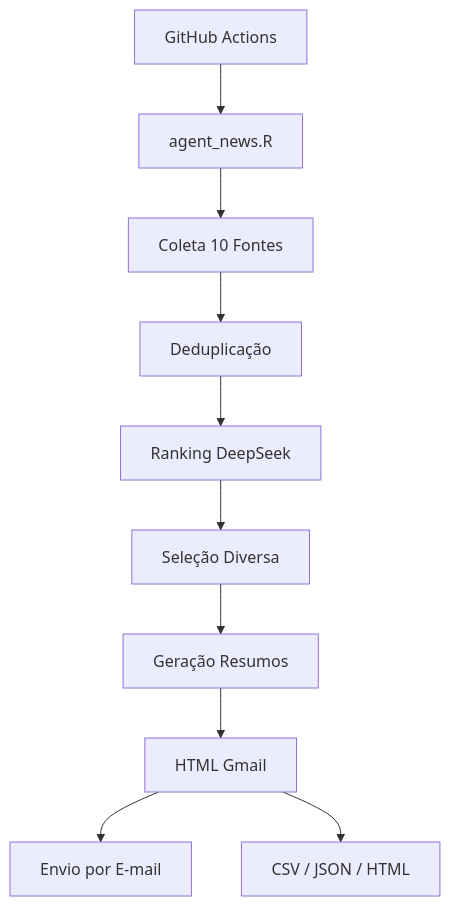
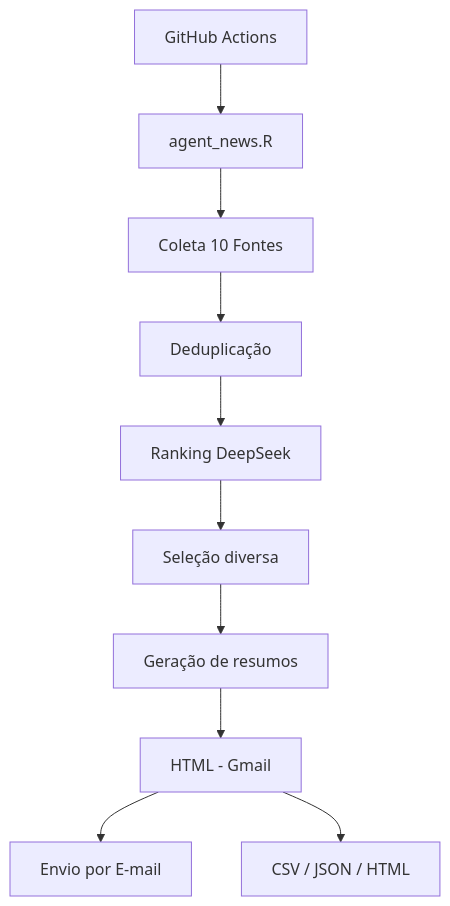
The diagram in README.md (santosry/agent-news), drawn with Mermaid before and after one commit. The commit also changed other lines of this file and 17 other files, not shown here.

````diff
--- a/README.md
+++ b/README.md
@@ -9,12 +9,12 @@
 ```mermaid
 graph TD
   A[GitHub Actions] --> B[agent_news.R]
   B --> C[Coleta 10 Fontes]
   C --> D[Deduplicação]
   D --> E[Ranking DeepSeek]
-  E --> F[Seleção Diversa]
-  F --> G[Geração Resumos]
-  G --> H[HTML Gmail]
+  E --> F[Seleção diversa]
+  F --> G[Geração de resumos]
+  G --> H[HTML - Gmail]
   H --> I[Envio por E-mail]
   H --> J[CSV / JSON / HTML]
 ```
````
